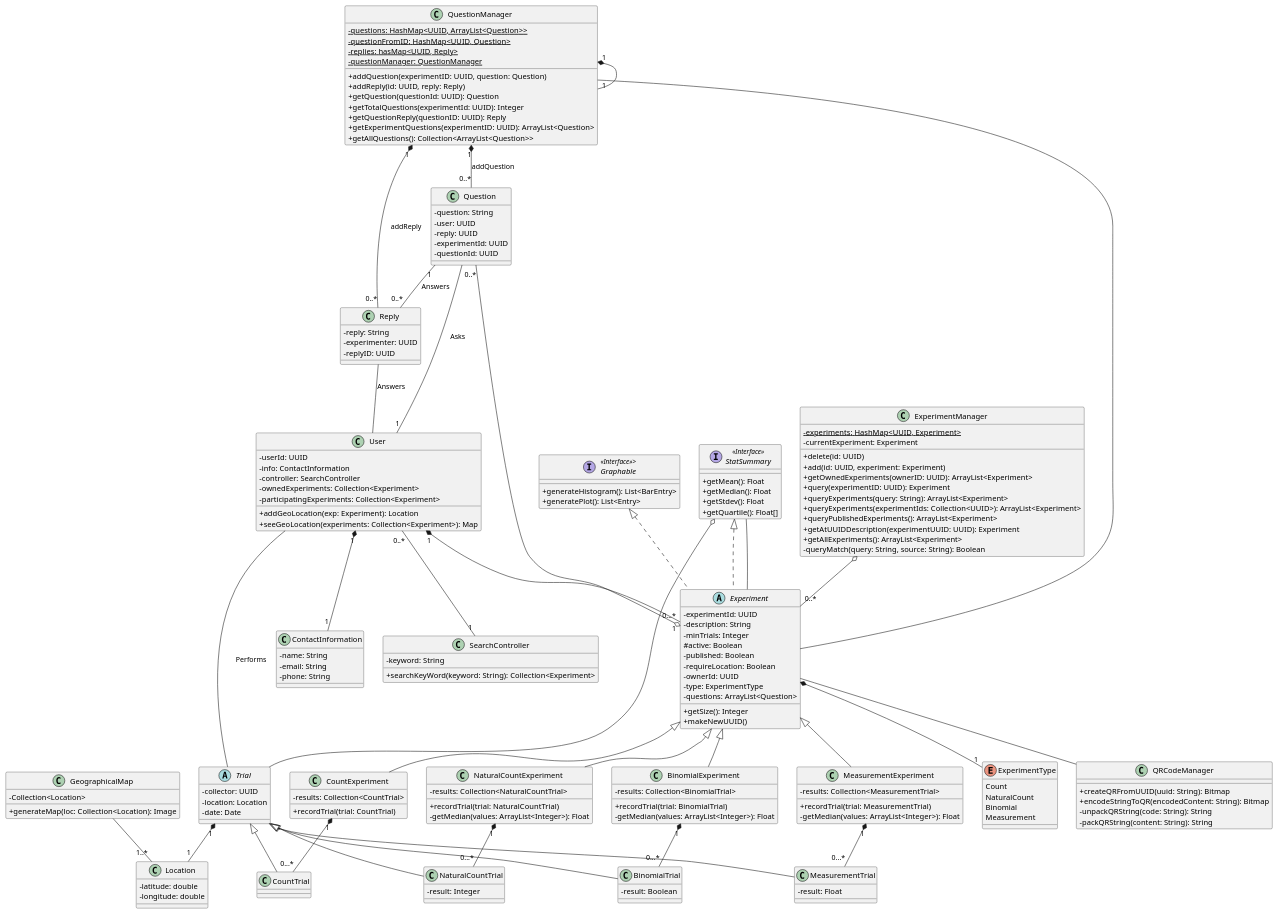
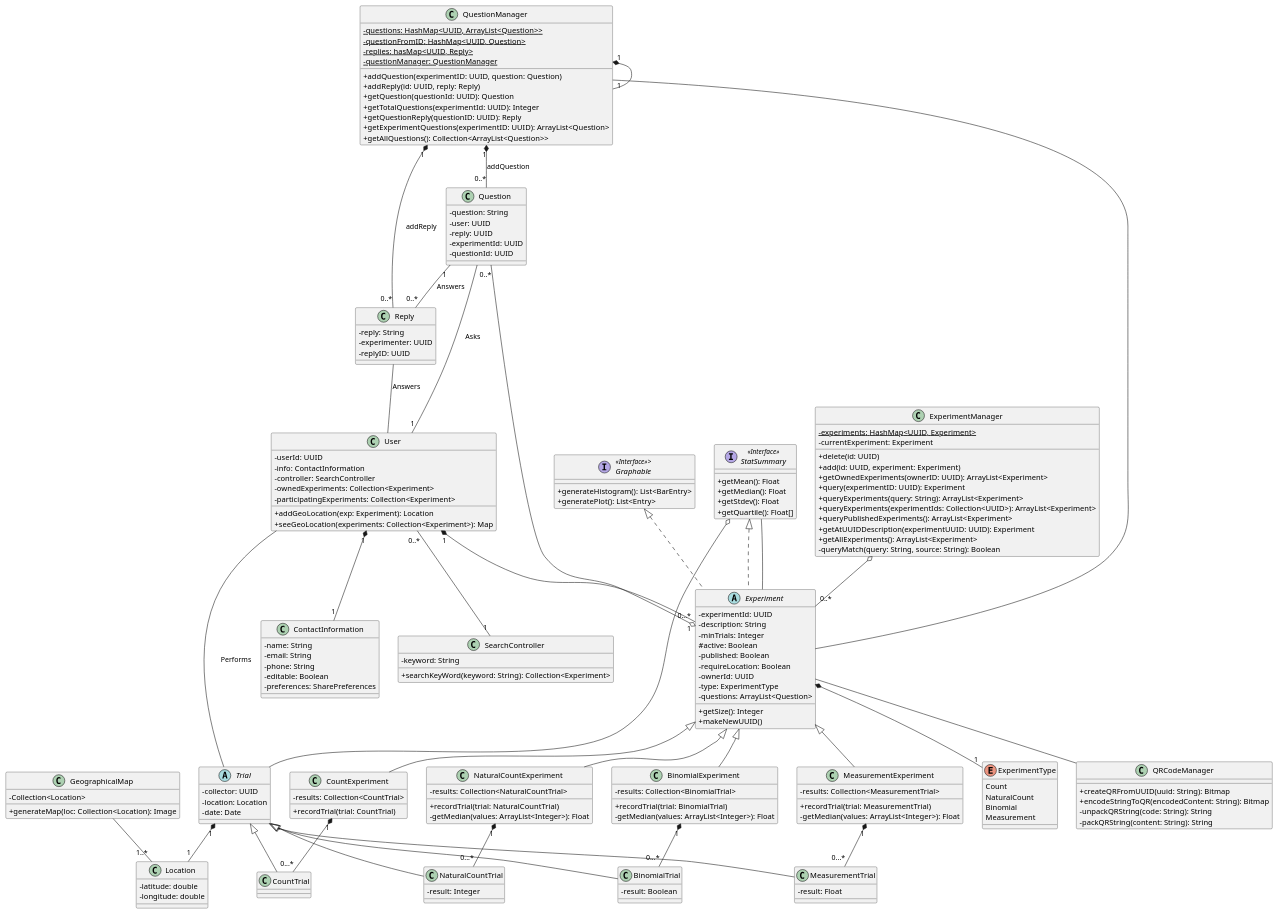
The diagram in doc/uml/uml.puml (CMPUT301W21T03/Experiment-Automata), drawn with PlantUML before and after one commit.

Commit message:
update UML

```diff
--- a/doc/uml/uml.puml
+++ b/doc/uml/uml.puml
@@ -194,6 +194,8 @@
     -name: String
     -email: String
     -phone: String
+    -editable: Boolean
+    -preferences: SharePreferences
 }
 
 class SearchController {
```
